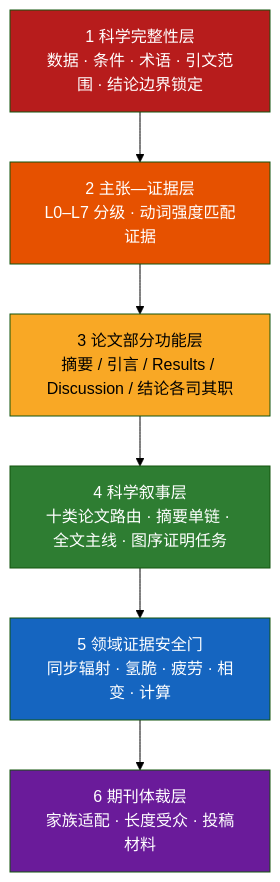
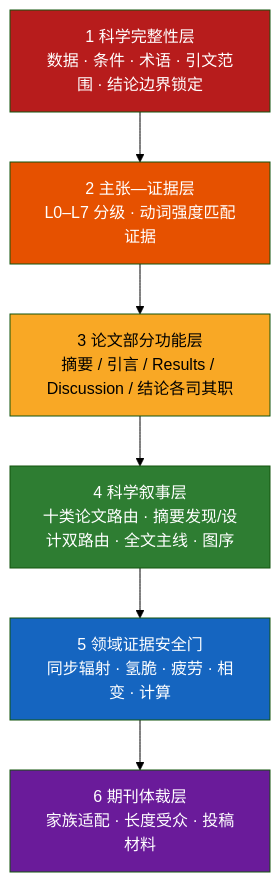
The diagram in README.md (D-sudoasd/Metal-Paper-Polisher), drawn with Mermaid (forest theme) before and after one commit. The commit also changed other lines of this file and 7 other files, not shown here.

````diff
--- a/README.md
+++ b/README.md
@@ -187,14 +231,14 @@
 ```mermaid
 flowchart TD
     A["1 科学完整性层<br/>数据 · 条件 · 术语 · 引文范围 · 结论边界锁定"] --> B["2 主张—证据层<br/>L0–L7 分级 · 动词强度匹配证据"]
     B --> C["3 论文部分功能层<br/>摘要 / 引言 / Results / Discussion / 结论各司其职"]
-    C --> D["4 科学叙事层<br/>十类论文路由 · 摘要单链 · 全文主线 · 图序证明任务"]
+    C --> D["4 科学叙事层<br/>十类论文路由 · 摘要发现/设计双路由 · 全文主线 · 图序"]
     D --> E["5 领域证据安全门<br/>同步辐射 · 氢脆 · 疲劳 · 相变 · 计算"]
     E --> F["6 期刊体裁层<br/>家族适配 · 长度受众 · 投稿材料"]
     style A fill:#b71c1c,color:#fff
     style B fill:#e65100,color:#fff
     style C fill:#f9a825,color:#000
     style D fill:#2e7d32,color:#fff
     style E fill:#1565c0,color:#fff
     style F fill:#6a1b9a,color:#fff
 ```
````
